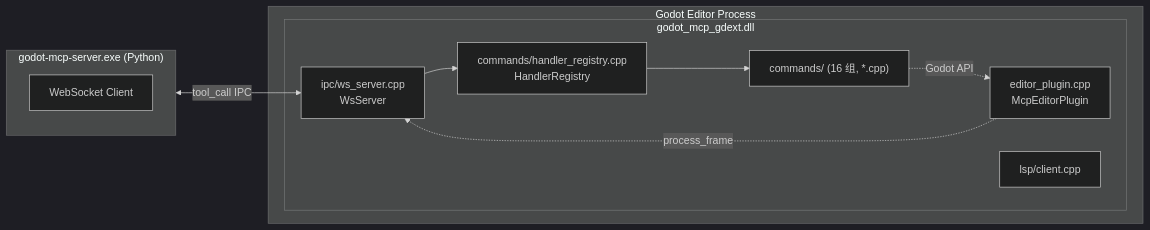
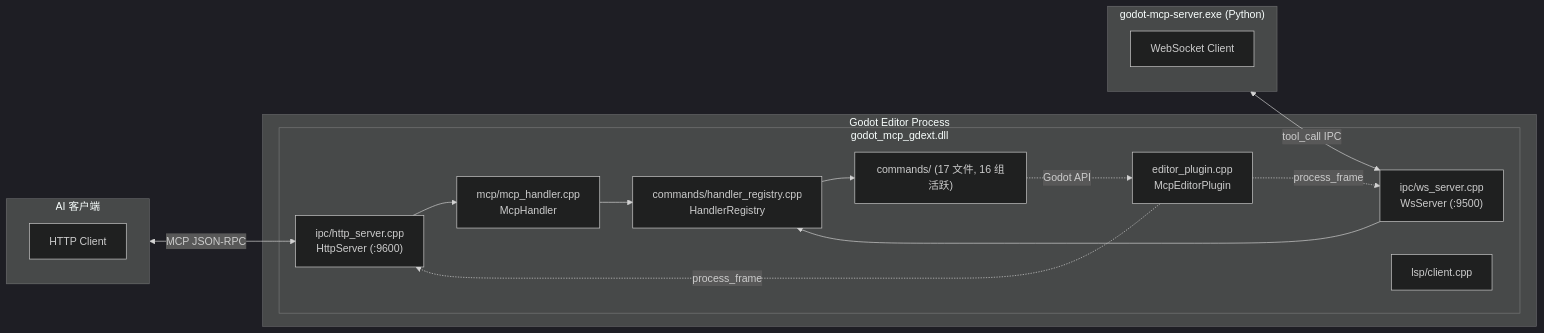
The diagram in .repo_wiki/extensions/gdext.md (jesspig/GodotMCP-GDExtension), drawn with Mermaid (dark theme) before and after one commit. The commit also changed other lines of this file and 17 other files, not shown here.

````diff
--- a/.repo_wiki/extensions/gdext.md
+++ b/.repo_wiki/extensions/gdext.md
@@ -5,22 +5,32 @@
 ```mermaid
 flowchart LR
     subgraph Godot["Godot Editor Process"]
         subgraph DLL["godot_mcp_gdext.dll"]
             EP["editor_plugin.cpp<br/>McpEditorPlugin"]
-            IP["ipc/ws_server.cpp<br/>WsServer"]
+            WS["ipc/ws_server.cpp<br/>WsServer (:9500)"]
+            HTTP["ipc/http_server.cpp<br/>HttpServer (:9600)"]
+            MCP["mcp/mcp_handler.cpp<br/>McpHandler"]
             REG["commands/handler_registry.cpp<br/>HandlerRegistry"]
-            CMDS["commands/ (16 组, *.cpp)"]
+            CMDS["commands/ (17 文件, 16 组活跃)"]
             LSP["lsp/client.cpp"]
         end
     end
     
     subgraph Server["godot-mcp-server.exe (Python)"]
-        WS["WebSocket Client"]
+        WSCL["WebSocket Client"]
     end
     
-    Server <-->|tool_call IPC| IP
-    IP --> REG
+    subgraph AIClient["AI 客户端"]
+        HTTPCL["HTTP Client"]
+    end
+    
+    Server <-->|tool_call IPC| WS
+    AIClient <-->|MCP JSON-RPC| HTTP
+    HTTP --> MCP
+    MCP --> REG
+    WS --> REG
     REG --> CMDS
     CMDS -.->|Godot API| EP
-    EP -.->|process_frame| IP
+    EP -.->|process_frame| WS
+    EP -.->|process_frame| HTTP
 ```
````
